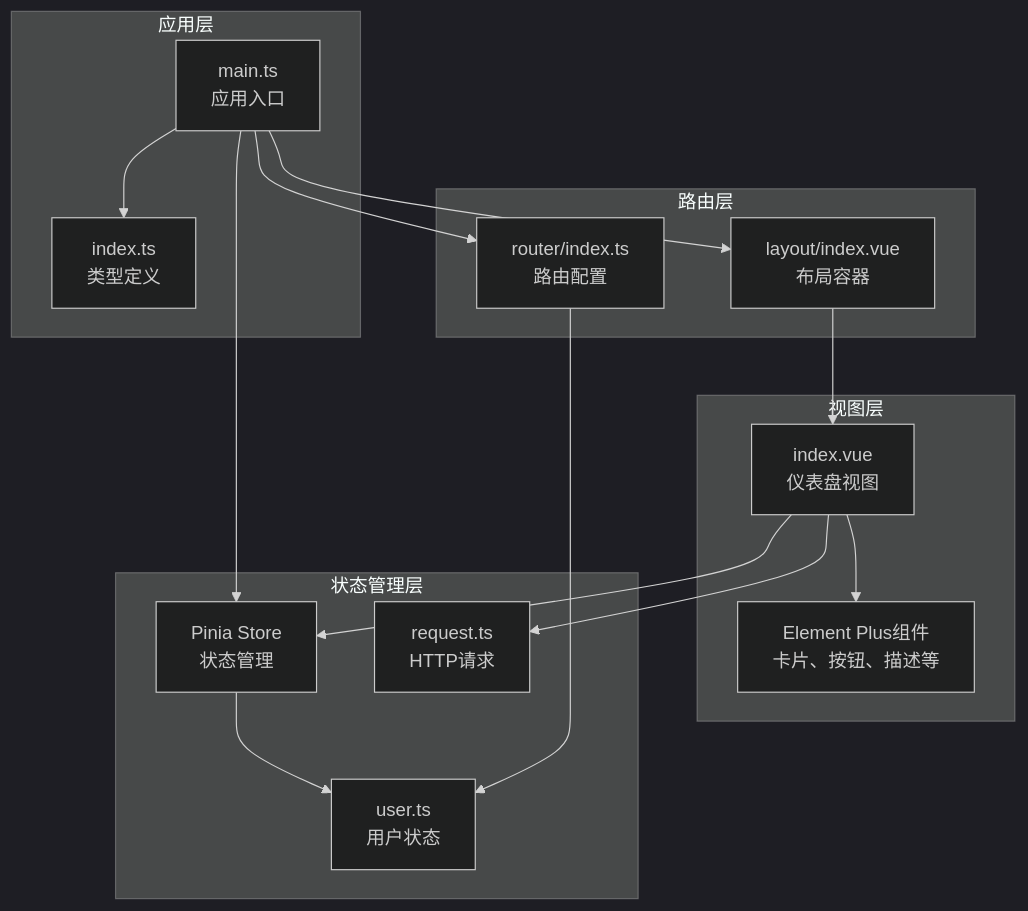
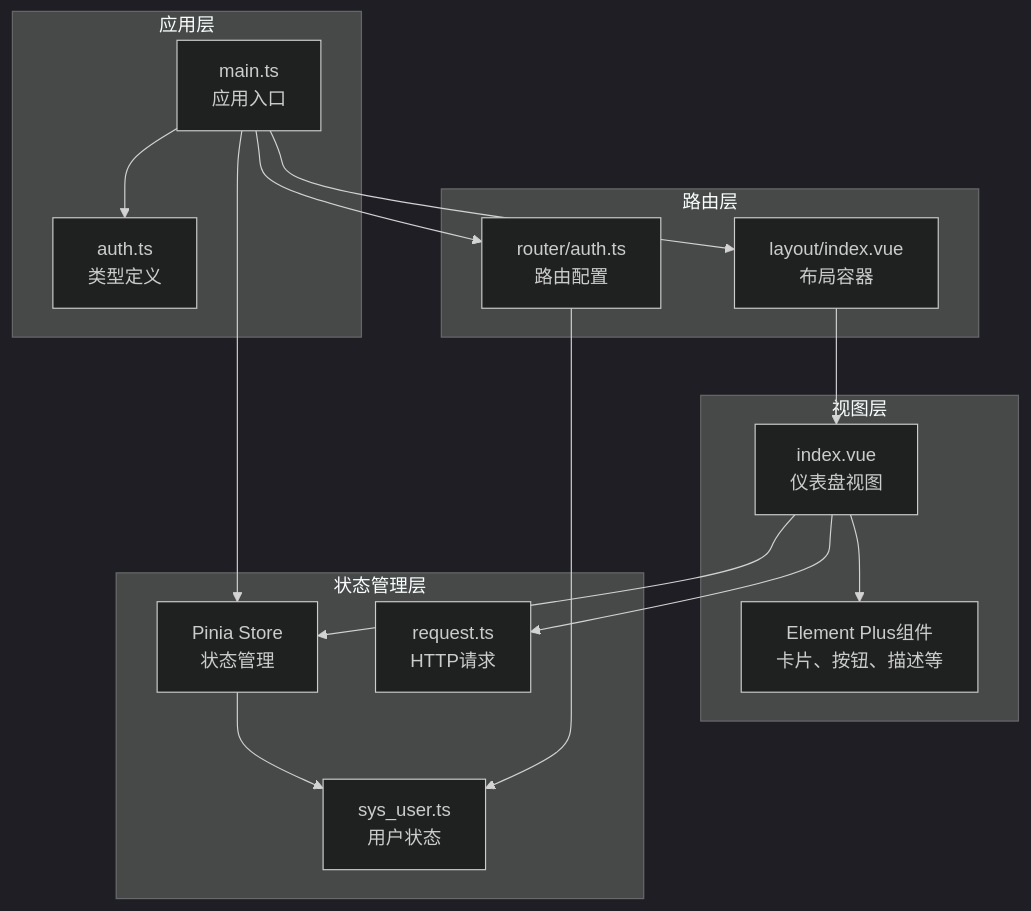
The third of 7 diagrams in .qoder/repowiki/zh/content/系统管理模块/仪表盘模块.md (qiseyun/vue-ts-admin), drawn with Mermaid (dark theme) before and after one commit. The commit also changed other lines of this file and 42 other files, not shown here.

````diff
--- a/.qoder/repowiki/zh/content/系统管理模块/仪表盘模块.md
+++ b/.qoder/repowiki/zh/content/系统管理模块/仪表盘模块.md
@@ -112,30 +112,30 @@
 ```mermaid
 graph TD
 subgraph "视图层"
 Dashboard[index.vue<br/>仪表盘视图]
 Components[Element Plus组件<br/>卡片、按钮、描述等]
 end
 subgraph "状态管理层"
 Pinia[Pinia Store<br/>状态管理]
-UserStore[user.ts<br/>用户状态]
+UserStore[sys_user.ts<br/>用户状态]
 Request[request.ts<br/>HTTP请求]
 end
 subgraph "路由层"
-Router[router/index.ts<br/>路由配置]
+Router[router/auth.ts<br/>路由配置]
 Layout[layout/index.vue<br/>布局容器]
 end
 subgraph "应用层"
 Main[main.ts<br/>应用入口]
-Types[index.ts<br/>类型定义]
+Types[auth.ts<br/>类型定义]
 end
 Main --> Router
 Main --> Pinia
 Main --> Layout
 Layout --> Dashboard
 Dashboard --> Components
 Dashboard --> Pinia
 Pinia --> UserStore
 Dashboard --> Request
 Router --> UserStore
 Main --> Types
 ```
````
